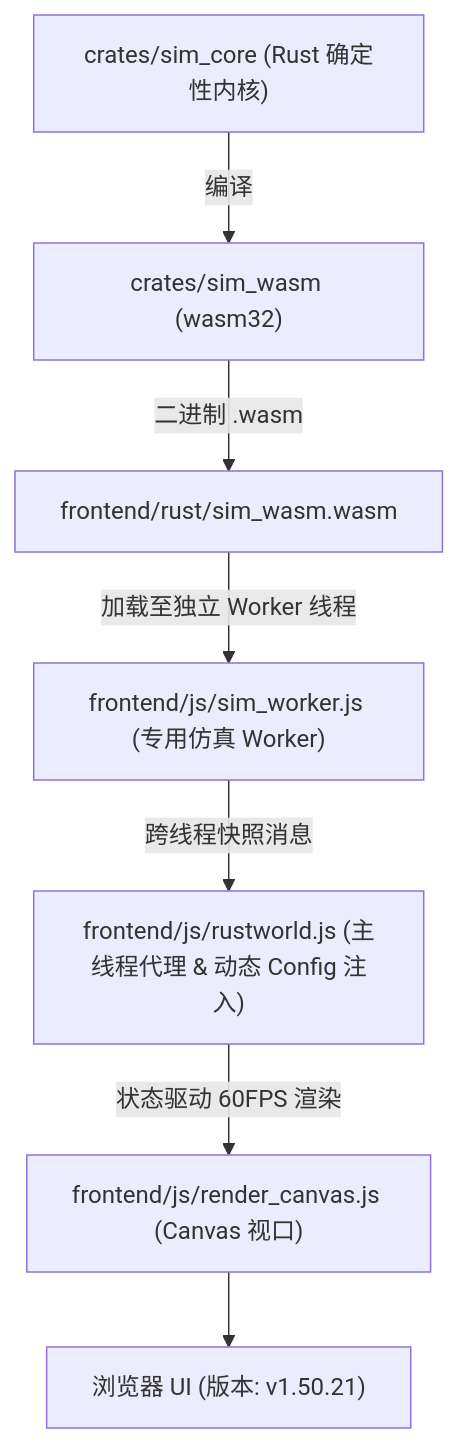
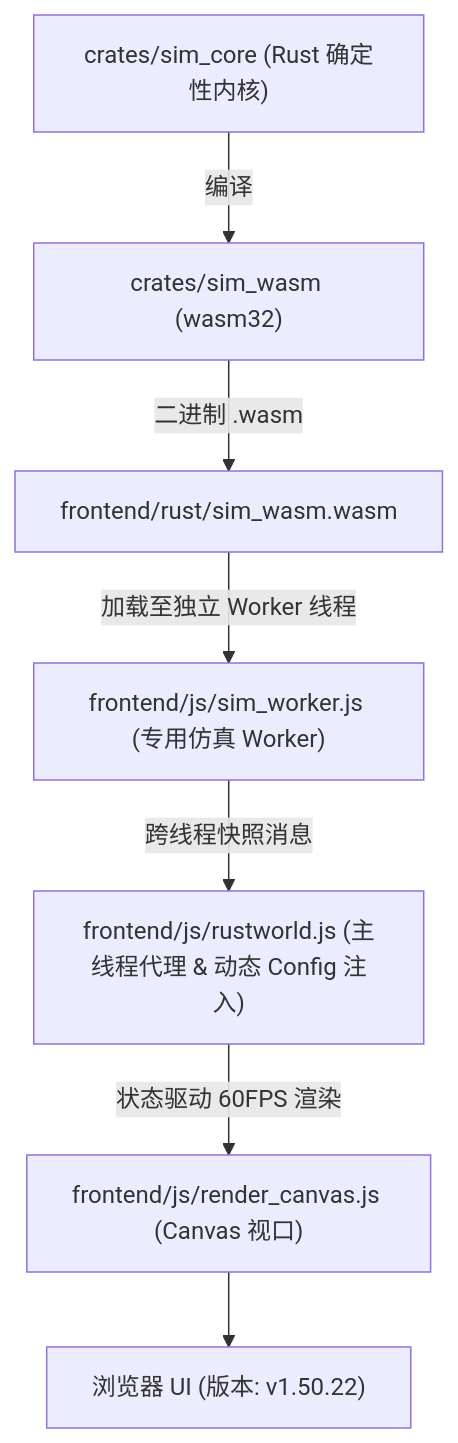
One commit to g39088902/FlowAndAccord changed the diagram in AGENTS.md. Above: the diagram before and after it, drawn with Mermaid. The commit also changed other lines of this file and 21 other files, not shown here.

````diff
--- a/AGENTS.md
+++ b/AGENTS.md
@@ -62,9 +62,9 @@
 ```mermaid
 graph TD
     A["crates/sim_core (Rust 确定性内核)"] -->|编译| B["crates/sim_wasm (wasm32)"]
     B -->|二进制 .wasm| C["frontend/rust/sim_wasm.wasm"]
     C -->|加载至独立 Worker 线程| D["frontend/js/sim_worker.js (专用仿真 Worker)"]
     D -->|跨线程快照消息| E["frontend/js/rustworld.js (主线程代理 & 动态 Config 注入)"]
     E -->|状态驱动 60FPS 渲染| F["frontend/js/render_canvas.js (Canvas 视口)"]
-    F --> G["浏览器 UI (版本: v1.50.21)"]
+    F --> G["浏览器 UI (版本: v1.50.22)"]
 ```
````
